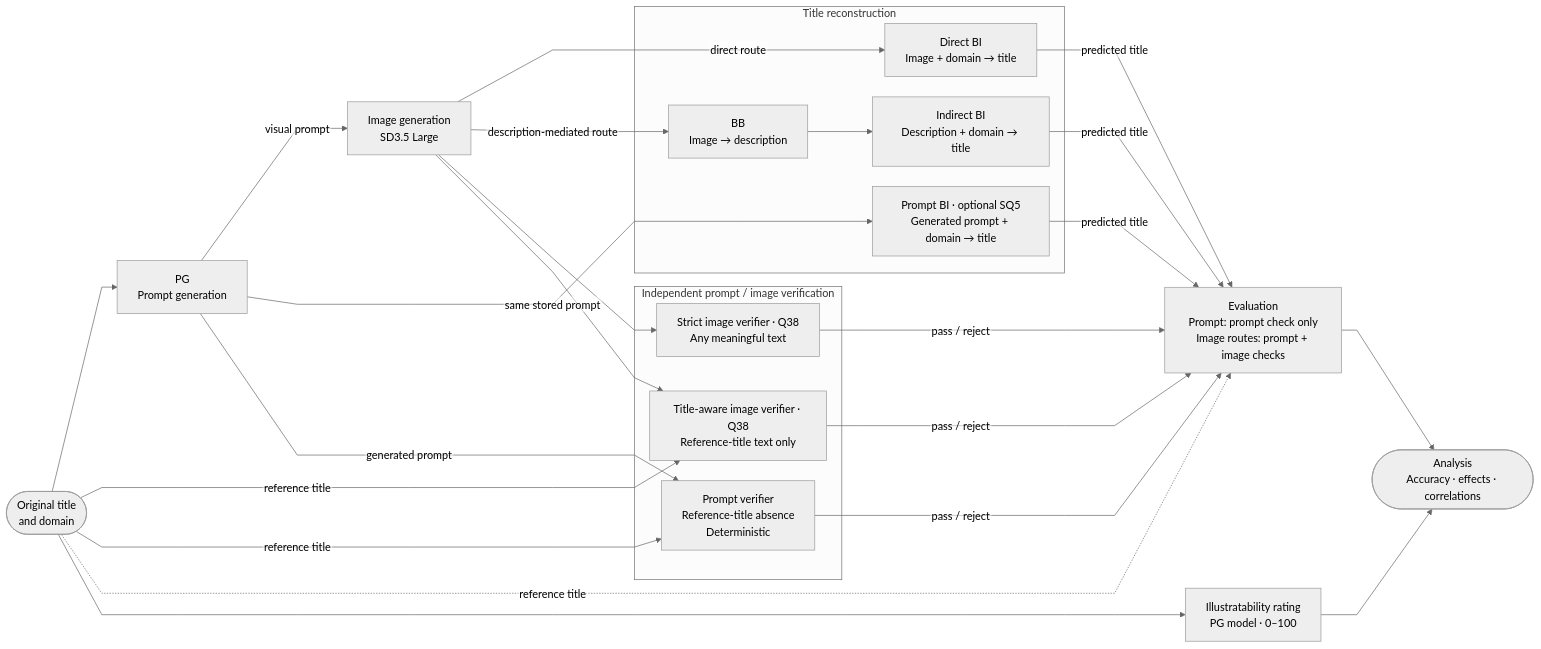
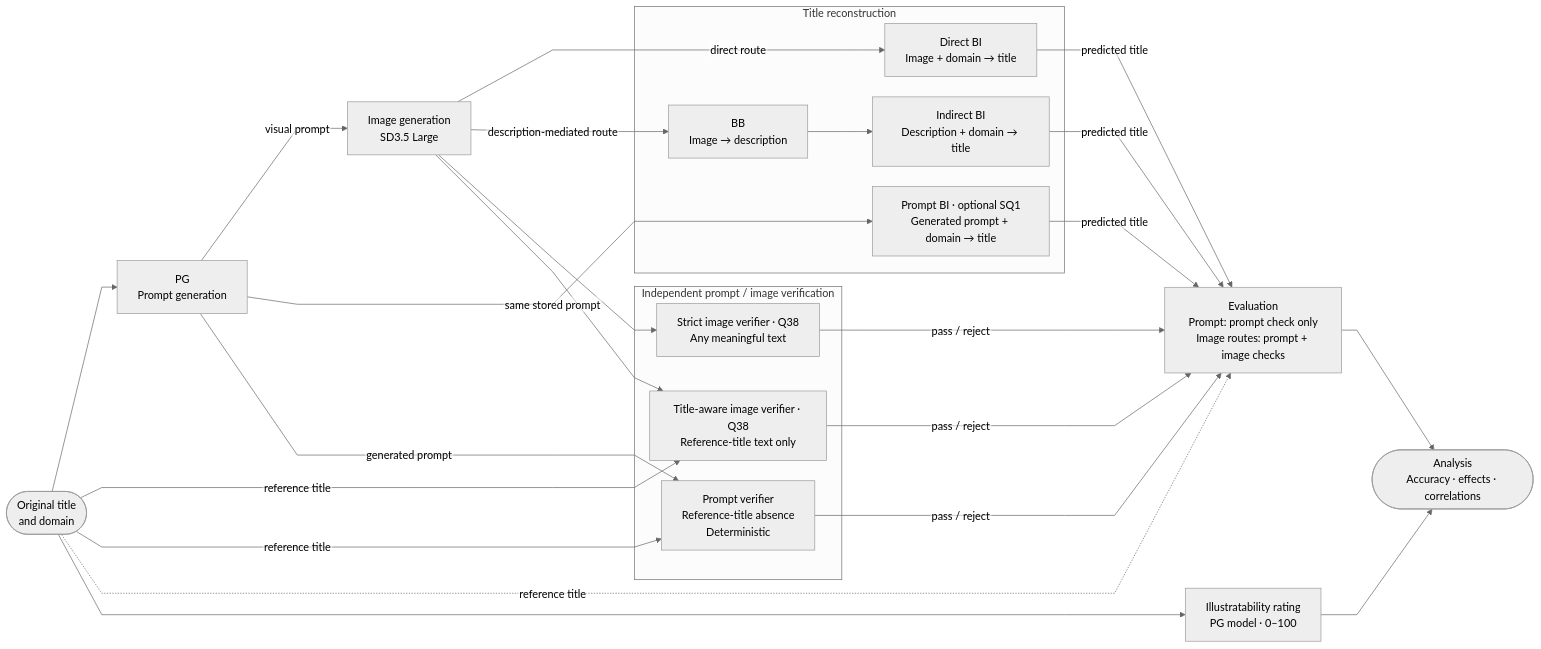
Before and after one commit to Michaelelelel/semantic_roundtrip: the diagram in diagrams/pipeline.mmd, drawn with Mermaid. The commit also changed 10 other files, not shown here.

```diff
--- a/diagrams/pipeline.mmd
+++ b/diagrams/pipeline.mmd
@@ -1,59 +1,59 @@
 ---
 config:
   theme: neutral
   fontFamily: Arial, sans-serif
   flowchart:
     curve: linear
     nodeSpacing: 30
     rankSpacing: 45
     htmlLabels: false
   themeVariables:
     fontFamily: Arial, sans-serif
     fontSize: 16px
 ---
 flowchart LR
     %% Editable source for the thesis pipeline figure.
     title(["Original title<br/>and domain"])
     pg["PG<br/>Prompt generation"]
     image["Image generation<br/>SD3.5 Large"]
 
     subgraph reconstruction["Title reconstruction"]
         direct["Direct BI<br/>Image + domain → title"]
         bb["BB<br/>Image → description"]
         indirect["Indirect BI<br/>Description + domain → title"]
-        promptbi["Prompt BI · optional SQ5<br/>Generated prompt + domain → title"]
+        promptbi["Prompt BI · optional SQ1<br/>Generated prompt + domain → title"]
         bb --> indirect
     end
 
     subgraph verification["Independent prompt / image verification"]
         strictverifier["Strict image verifier · Q38<br/>Any meaningful text"]
         awareverifier["Title-aware image verifier · Q38<br/>Reference-title text only"]
         promptverifier["Prompt verifier<br/>Reference-title absence<br/>Deterministic"]
     end
 
     rating["Illustratability rating<br/>PG model · 0–100"]
     evaluation["Evaluation<br/>Prompt: prompt check only<br/>Image routes: prompt + image checks"]
     analysis(["Analysis<br/>Accuracy · effects · correlations"])
 
     title --> pg
     pg -->|visual prompt| image
     pg -->|same stored prompt| promptbi
     image -->|direct route| direct
     image -->|description-mediated route| bb
     direct -->|predicted title| evaluation
     indirect -->|predicted title| evaluation
     promptbi -->|predicted title| evaluation
 
     image --> strictverifier
     image --> awareverifier
     title -->|reference title| awareverifier
     pg -->|generated prompt| promptverifier
     title -->|reference title| promptverifier
     promptverifier -->|pass / reject| evaluation
     strictverifier -->|pass / reject| evaluation
     awareverifier -->|pass / reject| evaluation
     title -.->|reference title| evaluation
 
     title --> rating
     rating --> analysis
     evaluation --> analysis
```
